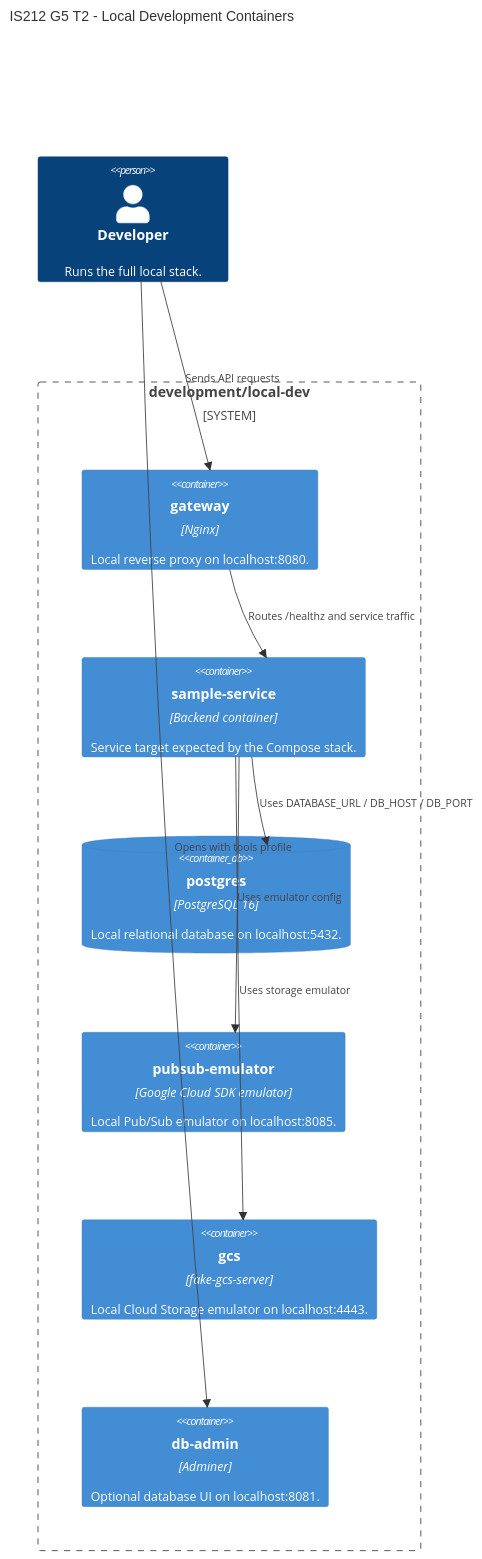
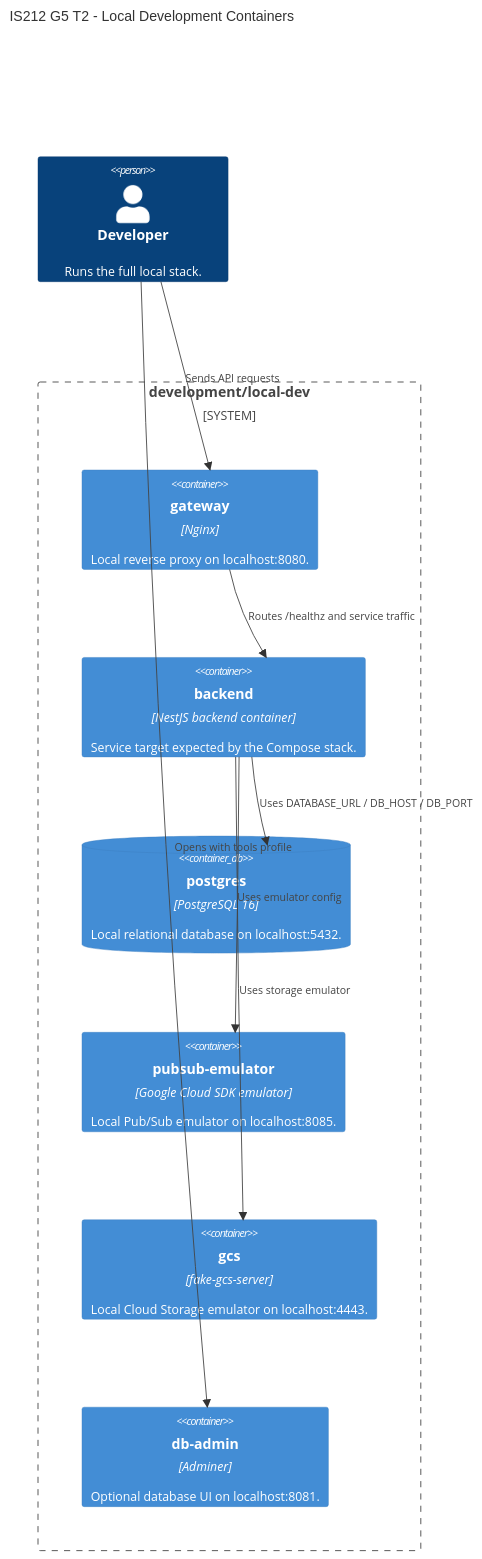
The second of 2 diagrams in README.md (IS212-G5-T2/IS212-G5-T2), drawn with Mermaid before and after one commit. The commit also changed other lines of this file and 108 other files, not shown here.

````diff
--- a/README.md
+++ b/README.md
@@ -105,21 +92,21 @@
 ```mermaid
 C4Container
     title IS212 G5 T2 - Local Development Containers
 
     Person(dev, "Developer", "Runs the full local stack.")
     System_Boundary(local, "development/local-dev") {
         Container(gateway, "gateway", "Nginx", "Local reverse proxy on localhost:8080.")
-        Container(service, "sample-service", "Backend container", "Service target expected by the Compose stack.")
+        Container(service, "backend", "NestJS backend container", "Service target expected by the Compose stack.")
         ContainerDb(postgres, "postgres", "PostgreSQL 16", "Local relational database on localhost:5432.")
         Container(pubsub, "pubsub-emulator", "Google Cloud SDK emulator", "Local Pub/Sub emulator on localhost:8085.")
         Container(gcs, "gcs", "fake-gcs-server", "Local Cloud Storage emulator on localhost:4443.")
         Container(adminer, "db-admin", "Adminer", "Optional database UI on localhost:8081.")
     }
 
     Rel(dev, gateway, "Sends API requests")
     Rel(gateway, service, "Routes /healthz and service traffic")
     Rel(service, postgres, "Uses DATABASE_URL / DB_HOST / DB_PORT")
     Rel(service, pubsub, "Uses emulator config")
     Rel(service, gcs, "Uses storage emulator")
     Rel(dev, adminer, "Opens with tools profile")
 ```
````
